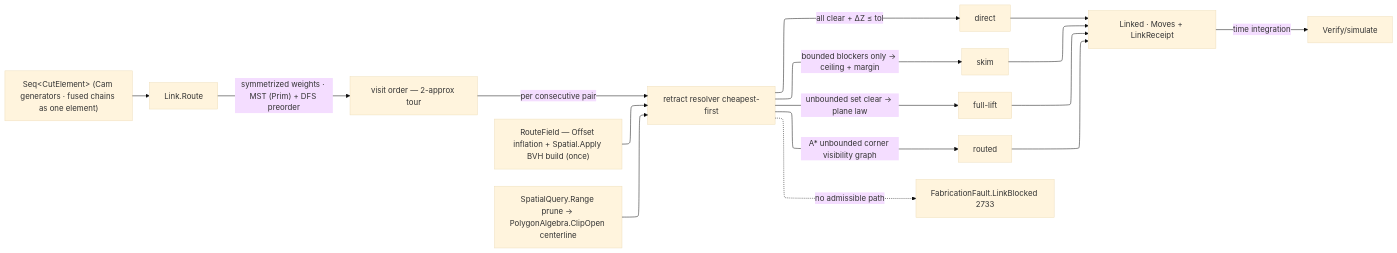
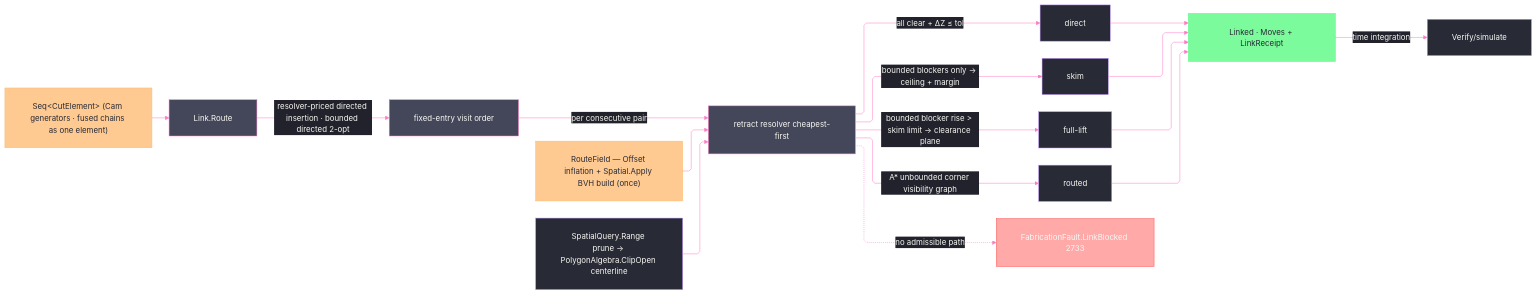
Before and after one commit to bsamiee/Rasm: the diagram in libs/csharp/Rasm.Fabrication/.planning/Toolpath/link.md, drawn with Mermaid. The commit also changed other lines of this file and 128 other files, not shown here.

````diff
--- a/libs/csharp/Rasm.Fabrication/.planning/Toolpath/link.md
+++ b/libs/csharp/Rasm.Fabrication/.planning/Toolpath/link.md
@@ -199,23 +299,53 @@
 ```mermaid
 ---
 config:
+  theme: base
+  look: classic
   layout: elk
-  theme: base
+  flowchart:
+    curve: linear
+    padding: 25
+  themeVariables:
+    darkMode: true
+    fontFamily: "SF Mono, Menlo, Cascadia Mono, Segoe UI Mono, Consolas, monospace"
+    useGradient: false
+    dropShadow: "none"
+    background: "#282A36"
+    primaryColor: "#44475A"
+    primaryTextColor: "#F8F8F2"
+    primaryBorderColor: "#BD93F9"
+    lineColor: "#FF79C6"
+    textColor: "#F8F8F2"
+    edgeLabelBackground: "#21222C"
+    labelBackgroundColor: "#21222C"
+  themeCSS: ".nodeLabel{font-size:13px;font-weight:500}.edgeLabel{font-size:12px;font-weight:500}.cluster-label .nodeLabel{font-size:13.5px;font-weight:700;letter-spacing:.08em}.edge-thickness-normal{stroke-width:2px}.edge-thickness-thick{stroke-width:3px}.edge-pattern-dashed,.edge-pattern-dotted{stroke-width:1.5px;stroke-dasharray:4 6}.node rect,.node circle,.node polygon,.node path,.node .outer-path{stroke-width:1.5px;filter:none!important}.cluster rect{stroke-width:1px!important;stroke-dasharray:5 4!important;filter:none!important}.marker path{transform:scale(.8);transform-origin:5px 5px}.marker circle{transform:scale(.48);transform-origin:5px 5px}.edgeLabel rect{transform-box:fill-box;transform-origin:center;transform:scale(1.1,1.2)}"
 ---
 flowchart LR
+    accTitle: Directed rapid-link routing
+    accDescr: Link.Route orders fixed-entry cut elements and resolves typed direct, lifted, or obstacle-routed moves.
     Elements["Seq&lt;CutElement&gt; (Cam generators · fused chains as one element)"] --> Route["Link.Route"]
-    Route -->|"symmetrized weights · MST (Prim) + DFS preorder"| Tour["visit order — 2-approx tour"]
+    Route -->|"resolver-priced directed insertion · bounded directed 2-opt"| Tour["fixed-entry visit order"]
     Field["RouteField — Offset inflation + Spatial.Apply BVH build (once)"] --> Resolve
     Tour -->|per consecutive pair| Resolve["retract resolver cheapest-first"]
     Resolve -->|"all clear + ΔZ ≤ tol"| Direct["direct"]
     Resolve -->|"bounded blockers only → ceiling + margin"| Skim["skim"]
-    Resolve -->|"unbounded set clear → plane law"| FullLift["full-lift"]
+    Resolve -->|"bounded blocker rise > skim limit → clearance plane"| FullLift["full-lift"]
     Resolve -->|"A* unbounded corner visibility graph"| Routed["routed"]
     Resolve -.->|no admissible path| Blocked["FabricationFault.LinkBlocked 2733"]
     Kernel["SpatialQuery.Range prune → PolygonAlgebra.ClipOpen centerline"] --> Resolve
     Direct --> Linked["Linked · Moves + LinkReceipt"]
     Skim --> Linked
     FullLift --> Linked
     Routed --> Linked
     Linked -->|time integration| Simulate["Verify/simulate"]
+    class Elements,Field data
+    class Route,Tour,Resolve primary
+    class Direct,Skim,FullLift,Routed,Kernel,Simulate boundary
+    class Linked success
+    class Blocked error
+    classDef primary fill:#44475A,stroke:#FF79C6,color:#F8F8F2
+    classDef success fill:#50FA7BBF,stroke:#50FA7B,color:#282A36
+    classDef data fill:#FFB86CBF,stroke:#FFB86C,color:#282A36
+    classDef boundary fill:#282A36,stroke:#BD93F9,color:#F8F8F2
+    classDef error fill:#FF555580,stroke:#FF5555,color:#F8F8F2
 ```
````
